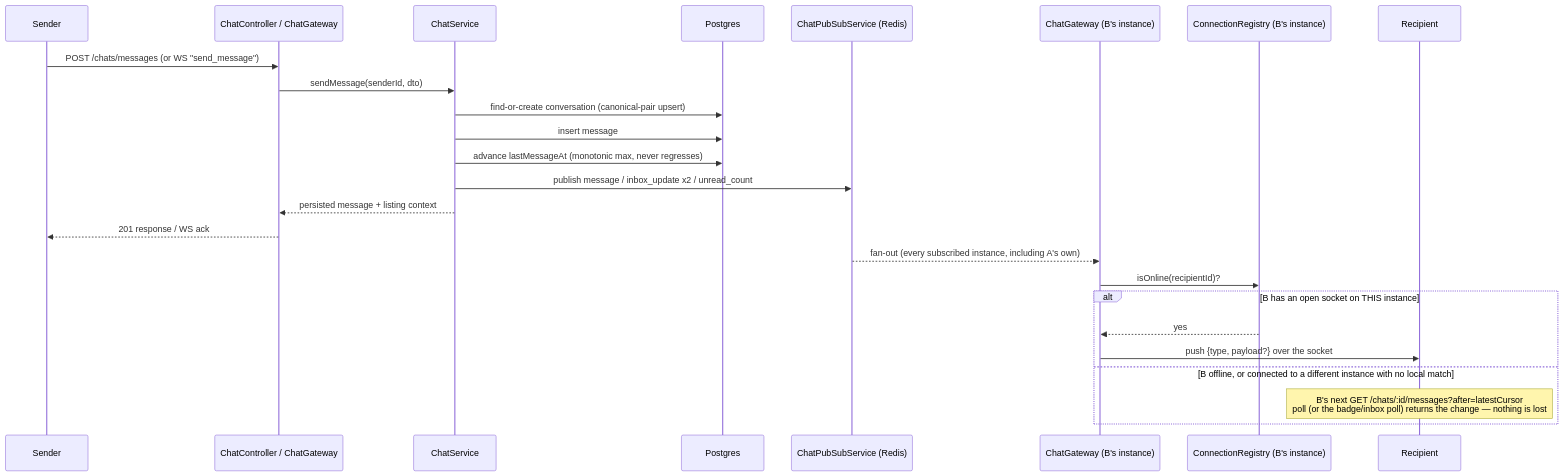
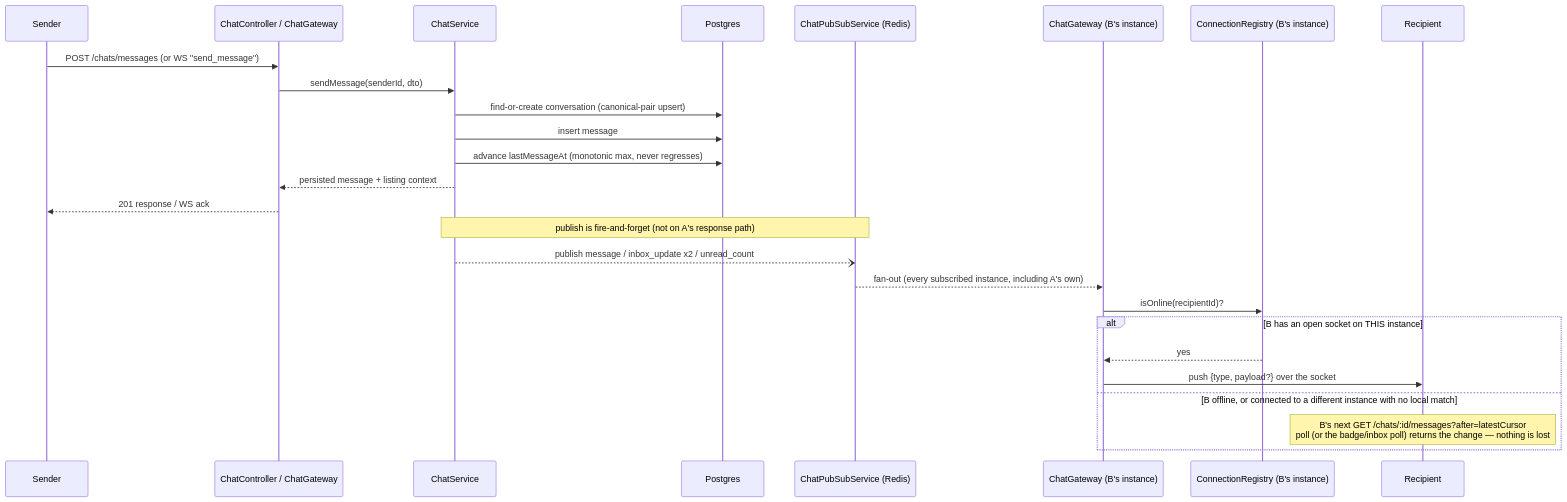
Before and after one commit to SovannrothEang/e-phsar-khmer: the second of 3 diagrams in apps/backend/src/chat/README.md, drawn with Mermaid. The commit also changed other lines of this file and 23 other files, not shown here.

````diff
--- a/apps/backend/src/chat/README.md
+++ b/apps/backend/src/chat/README.md
@@ -86,29 +89,30 @@
 ```mermaid
 sequenceDiagram
     participant A as Sender
     participant Entry as ChatController / ChatGateway
     participant Svc as ChatService
     participant DB as Postgres
     participant PS as ChatPubSubService (Redis)
     participant GwB as ChatGateway (B's instance)
     participant Reg as ConnectionRegistry (B's instance)
     participant B as Recipient
 
     A->>Entry: POST /chats/messages  (or WS "send_message")
     Entry->>Svc: sendMessage(senderId, dto)
     Svc->>DB: find-or-create conversation (canonical-pair upsert)
     Svc->>DB: insert message
     Svc->>DB: advance lastMessageAt (monotonic max, never regresses)
-    Svc->>PS: publish message / inbox_update x2 / unread_count
     Svc-->>Entry: persisted message + listing context
     Entry-->>A: 201 response / WS ack
+    Note over Svc,PS: publish is fire-and-forget (not on A's response path)
 
+    Svc--)PS: publish message / inbox_update x2 / unread_count
     PS-->>GwB: fan-out (every subscribed instance, including A's own)
     GwB->>Reg: isOnline(recipientId)?
     alt B has an open socket on THIS instance
         Reg-->>GwB: yes
         GwB->>B: push {type, payload?} over the socket
     else B offline, or connected to a different instance with no local match
         Note over B: B's next GET /chats/:id/messages?after=latestCursor<br/>poll (or the badge/inbox poll) returns the change — nothing is lost
     end
 ```
````
